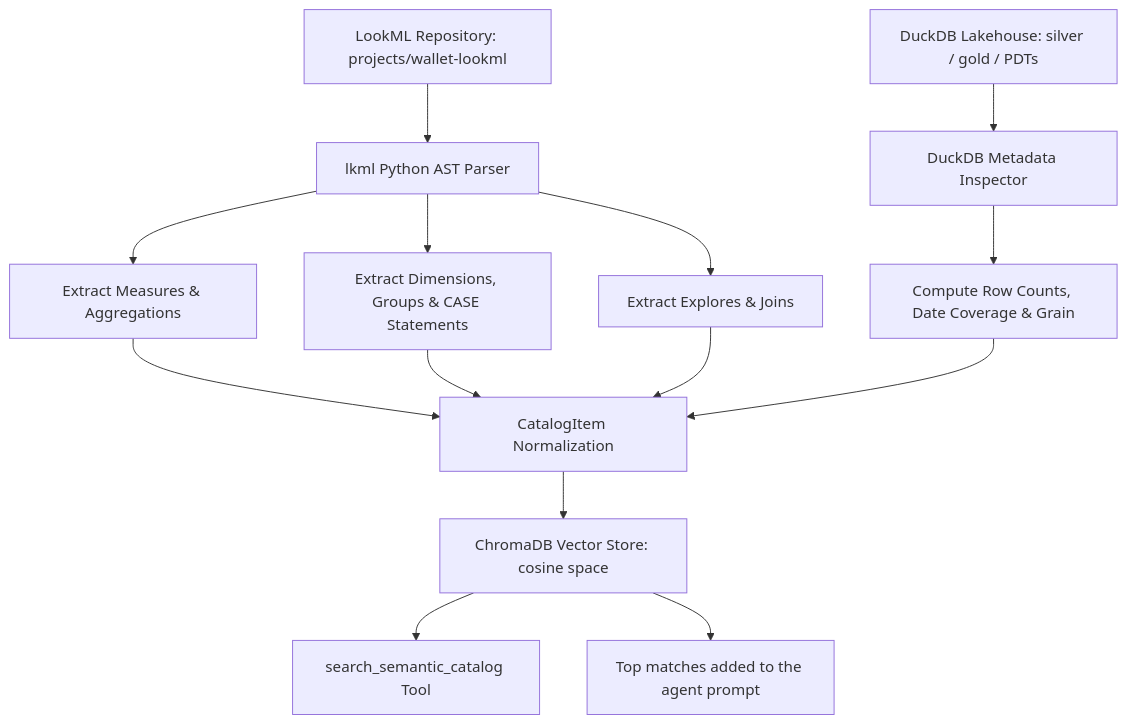
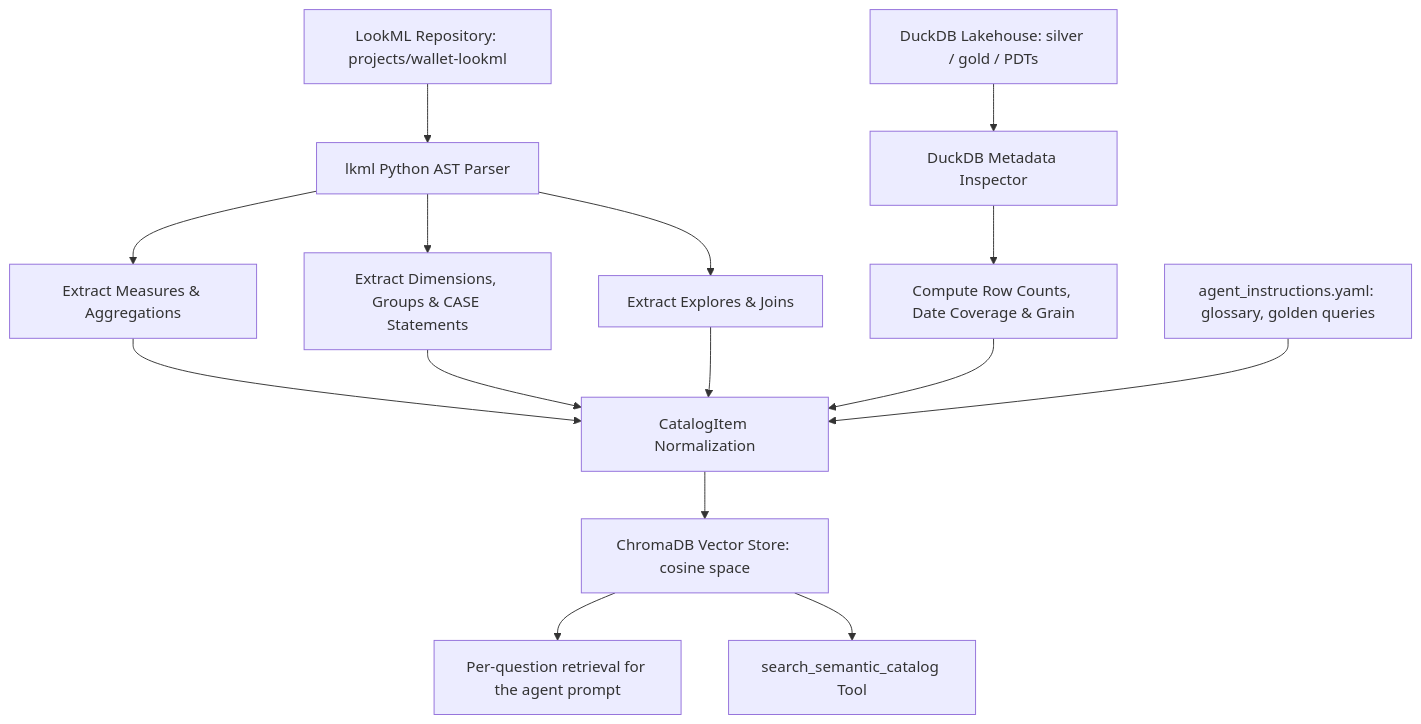
One commit to carlosgilroa/ai-data-agent changed the diagram in docs/architecture/semantic_rag_indexer.md. Above: the diagram before and after it, drawn with Mermaid. The commit also changed other lines of this file and 21 other files, not shown here.

First line of the commit message:
Looker-style retrieval: field value tools, suggestions, two-level Chroma retrieval, router split, agent instructions

````diff
--- a/docs/architecture/semantic_rag_indexer.md
+++ b/docs/architecture/semantic_rag_indexer.md
@@ -11,20 +11,21 @@
 ```mermaid
 flowchart TD
     LookML[LookML Repository: projects/wallet-lookml] --> Parser[lkml Python AST Parser]
     Lakehouse[DuckDB Lakehouse: silver / gold / PDTs] --> SchemaInspector[DuckDB Metadata Inspector]
     
     Parser --> ExtractMeasures[Extract Measures & Aggregations]
     Parser --> ExtractDimensions[Extract Dimensions, Groups & CASE Statements]
     Parser --> ExtractExplores[Extract Explores & Joins]
     
     SchemaInspector --> DynamicMeta[Compute Row Counts, Date Coverage & Grain]
     
     ExtractMeasures --> CatalogItems[CatalogItem Normalization]
     ExtractDimensions --> CatalogItems
     ExtractExplores --> CatalogItems
     DynamicMeta --> CatalogItems
     
     CatalogItems --> VectorStore[ChromaDB Vector Store: cosine space]
+    Instructions[agent_instructions.yaml: glossary, golden queries] --> CatalogItems
+    VectorStore --> Retrieval[Per-question retrieval for the agent prompt]
     VectorStore --> SearchTool[search_semantic_catalog Tool]
-    VectorStore --> Prompt[Top matches added to the agent prompt]
 ```
````
